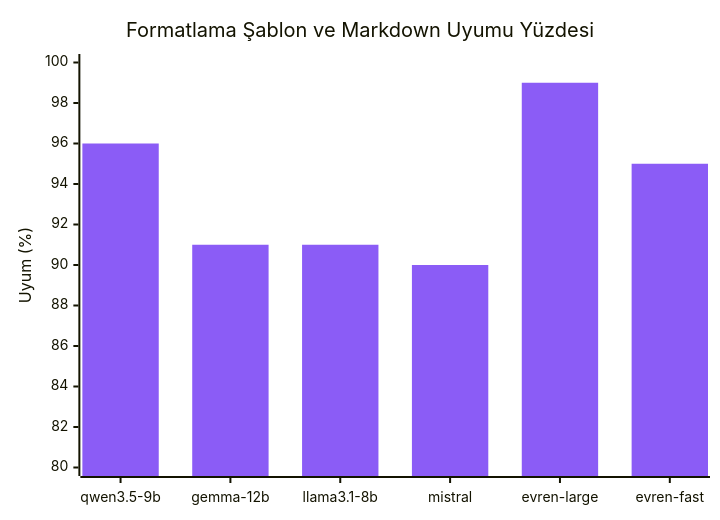
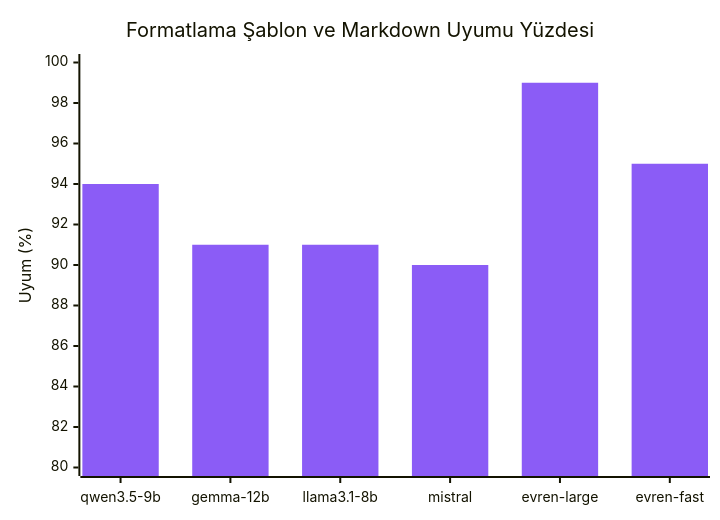
Before and after one commit to chyp3r/KACHOW-Teknofest-2026: diagram 15 of 17 in README.md, drawn with Mermaid. The commit also changed other lines of this file, not shown here.

````diff
--- a/README.md
+++ b/README.md
@@ -709,8 +737,8 @@
 ```mermaid
 %%{init: { 'theme': 'base', 'themeVariables': { 'xyChart': {'plotColorPalette': '#8b5cf6'} } } }%%
 xychart-beta
     title "Formatlama Şablon ve Markdown Uyumu Yüzdesi"
     x-axis ["qwen3.5-9b", "gemma-12b", "llama3.1-8b", "mistral", "evren-large", "evren-fast"]
     y-axis "Uyum (%)" 80 --> 100
-    bar [96, 91, 91, 90, 99, 95]
+    bar [94, 91, 91, 90, 99, 95]
 ```
````
